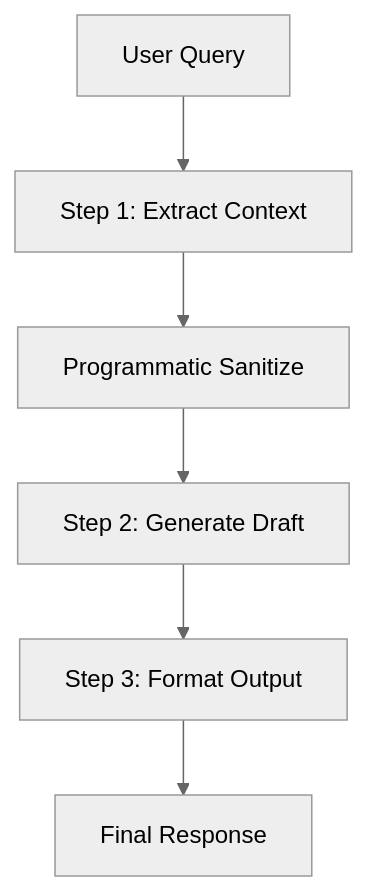
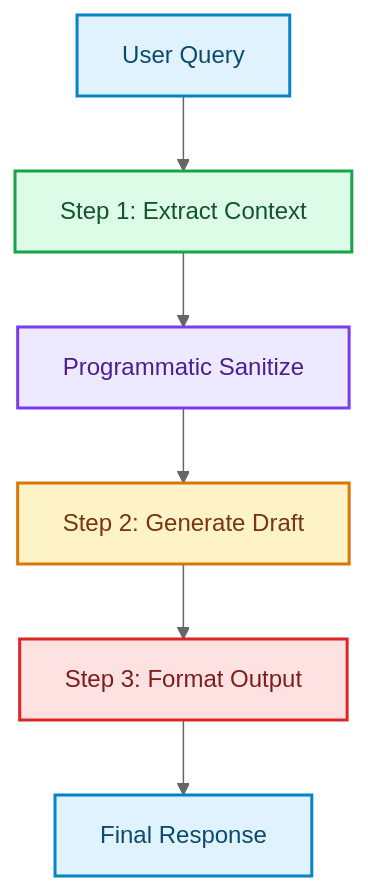
Before and after one commit to akmalkhaniub/akmalkhaniub.github.io: the second of 8 diagrams in blog/posts/agentic-ai-architectures.md, drawn with Mermaid (neutral theme). The commit also changed other lines of this file and 1291 other files, not shown here.

First line of the commit message:
feat(catalog): unique covers, scholarly references, and diagram palettes

````diff
--- a/blog/posts/agentic-ai-architectures.md
+++ b/blog/posts/agentic-ai-architectures.md
@@ -48,8 +59,19 @@
 ```mermaid
 flowchart TD
-    Query[User Query] --> Step1[Step 1: Extract Context]
-    Step1 --> Programmatic[Programmatic Sanitize]
-    Programmatic --> Step2[Step 2: Generate Draft]
-    Step2 --> Step3[Step 3: Format Output]
-    Step3 --> Response[Final Response]
+    Query["User Query"] --> Step1["Step 1: Extract Context"]
+    Step1 --> Programmatic["Programmatic Sanitize"]
+    Programmatic --> Step2["Step 2: Generate Draft"]
+    Step2 --> Step3["Step 3: Format Output"]
+    Step3 --> Response["Final Response"]
+
+classDef green fill:#dcfce7,stroke:#16a34a,stroke-width:2px,color:#14532d;
+classDef red fill:#fee2e2,stroke:#dc2626,stroke-width:2px,color:#7f1d1d;
+classDef blue fill:#e0f2fe,stroke:#0284c7,stroke-width:2px,color:#0c4a6e;
+classDef yellow fill:#fef3c7,stroke:#d97706,stroke-width:2px,color:#78350f;
+classDef purple fill:#ede9fe,stroke:#7c3aed,stroke-width:2px,color:#4c1d95;
+class Query,Response blue
+class Step1 green
+class Programmatic purple
+class Step2 yellow
+class Step3 red
 ```
````
